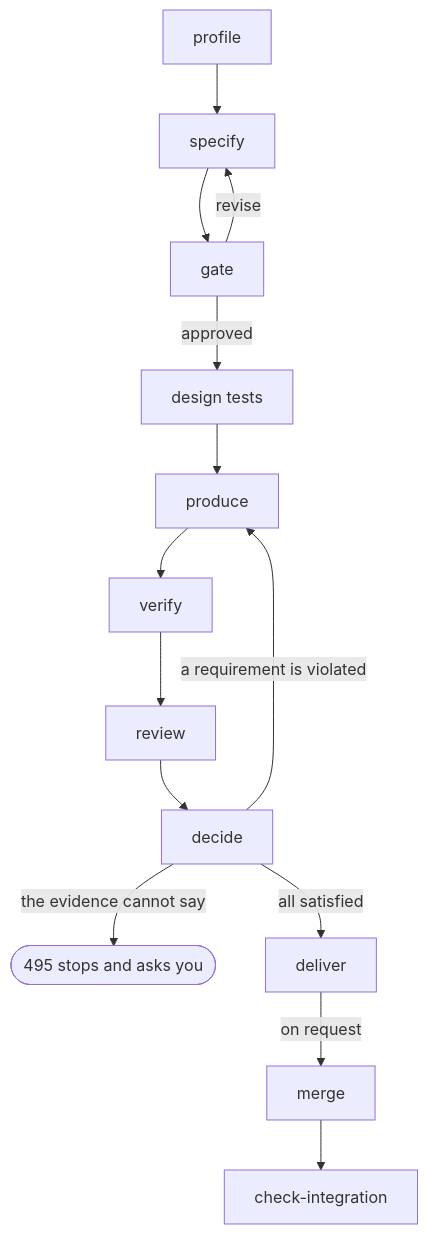
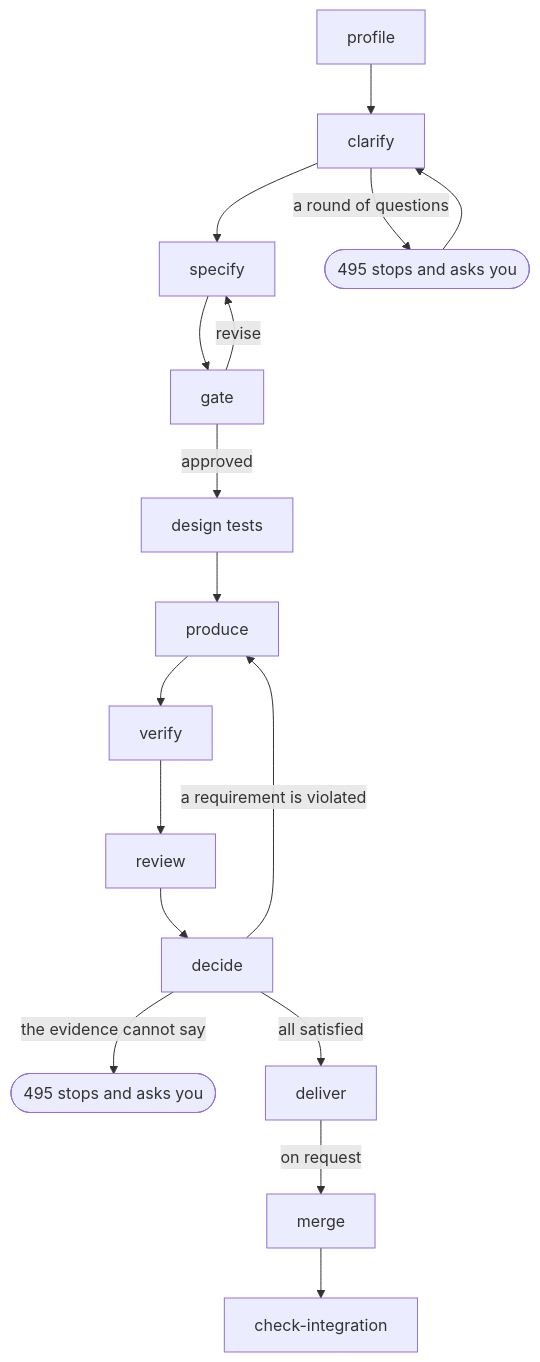
Before and after one commit to jeanjerome/495: the diagram in README.md, drawn with Mermaid. The commit also changed other lines of this file and 31 other files, not shown here.

````diff
--- a/README.md
+++ b/README.md
@@ -399,11 +399,12 @@
 ```mermaid
 flowchart TD
-  profile --> specify --> gate
+  profile --> clarify --> specify --> gate
+  clarify -->|a round of questions| ask2([495 stops and asks you]) --> clarify
   gate -->|approved| design[design tests]
   gate -->|revise| specify
   design --> produce --> verify --> review --> decide
   decide -->|a requirement is violated| produce
   decide -->|the evidence cannot say| ask([495 stops and asks you])
   decide -->|all satisfied| deliver
   deliver -->|on request| merge --> check[check-integration]
 ```
````
